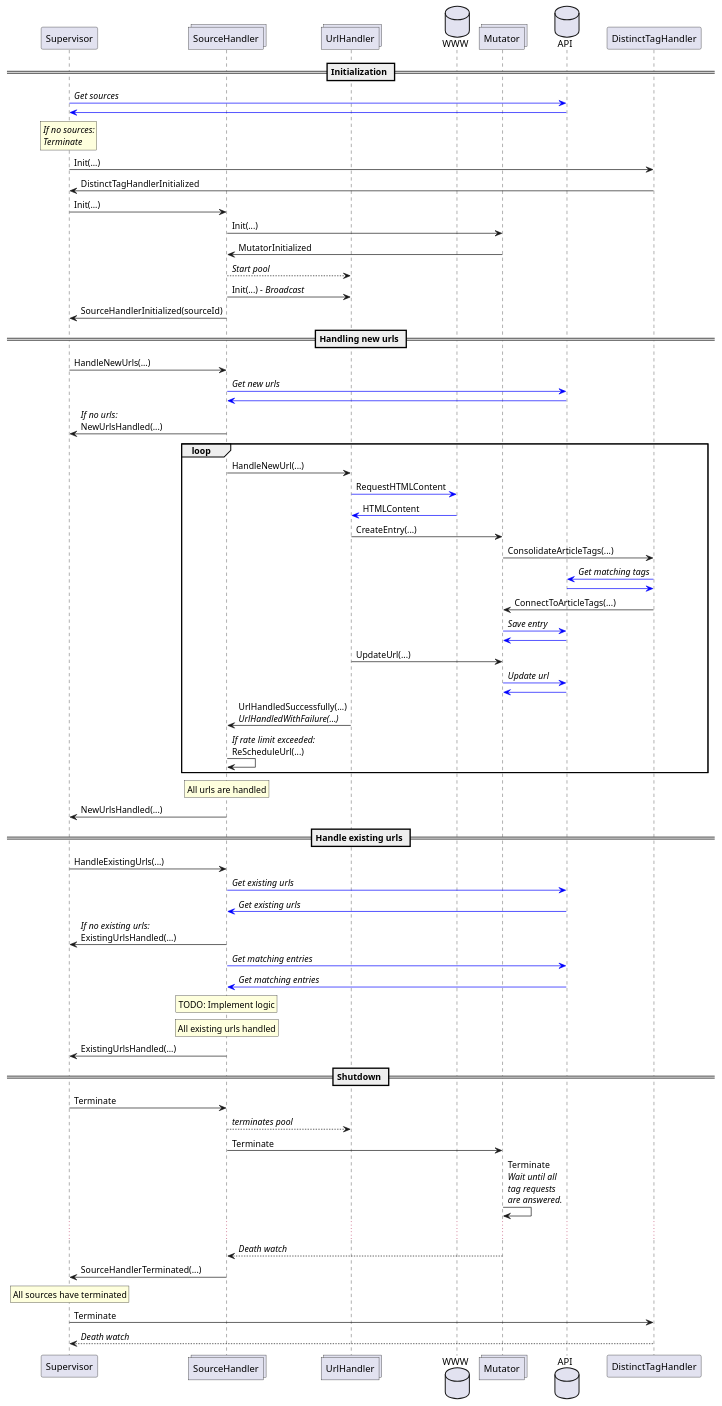
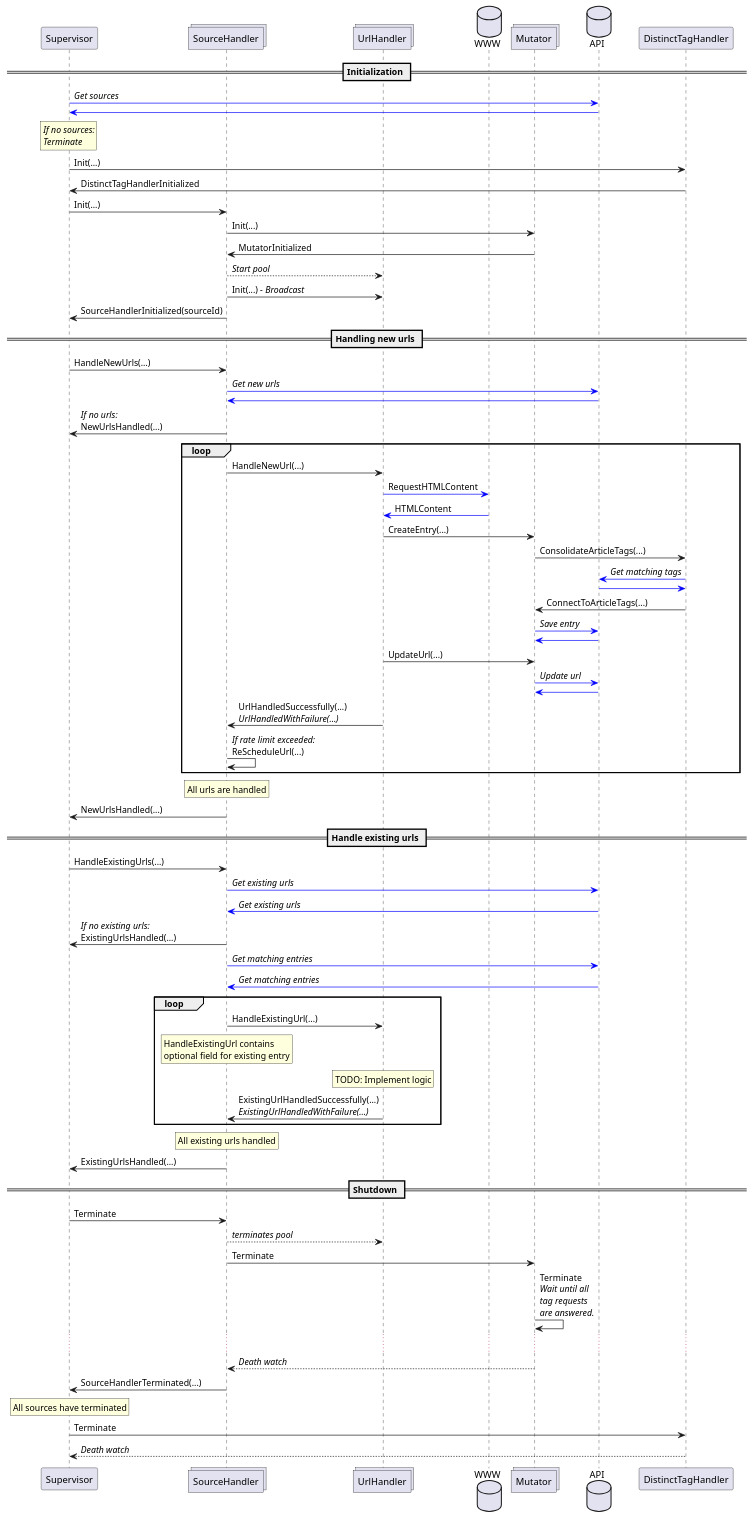
The diagram in doc/proto.puml (coverified/content_extractor), drawn with PlantUML before and after one commit. The commit also changed 4 other files, not shown here.

Commit message:
Ping Pong between SourceHandler and UrlHandler for existing urls

```diff
--- a/doc/proto.puml
+++ b/doc/proto.puml
@@ -1,91 +1,99 @@
 @startuml
 participant Supervisor
 collections SourceHandler
 collections UrlHandler
 database WWW
 collections Mutator
 database API
 
 == Initialization ==
 Supervisor -[#blue]> API: //Get sources//
 API -[#blue]> Supervisor
 rnote over Supervisor: //If no sources://\n//Terminate//
 Supervisor -> DistinctTagHandler: Init(...)
 DistinctTagHandler -> Supervisor: DistinctTagHandlerInitialized
 
 Supervisor -> SourceHandler: Init(...)
 SourceHandler -> Mutator: Init(...)
 Mutator -> SourceHandler: MutatorInitialized
 SourceHandler --> UrlHandler: //Start pool//
 SourceHandler -> UrlHandler: Init(...) //- Broadcast//
 SourceHandler -> Supervisor: SourceHandlerInitialized(sourceId)
 
 == Handling new urls ==
 Supervisor -> SourceHandler: HandleNewUrls(...)
 SourceHandler -[#blue]> API: //Get new urls//
 API -[#blue]> SourceHandler
 SourceHandler -> Supervisor: //If no urls://\nNewUrlsHandled(...)
 
 loop
 SourceHandler -> UrlHandler: HandleNewUrl(...)
 UrlHandler -[#blue]> WWW: RequestHTMLContent
 WWW -[#blue]> UrlHandler: HTMLContent
 
 UrlHandler -> Mutator: CreateEntry(...)
 Mutator -> DistinctTagHandler: ConsolidateArticleTags(...)
 DistinctTagHandler -[#blue]> API: //Get matching tags//
 API -[#blue]> DistinctTagHandler
 DistinctTagHandler -> Mutator: ConnectToArticleTags(...)
 Mutator -[#blue]> API: //Save entry//
 API -[#blue]> Mutator
 ' TODO: Feed back about handled entry
 UrlHandler -> Mutator: UpdateUrl(...)
 Mutator -[#blue]> API: //Update url//
 API -[#blue]> Mutator
 ' TODO: Feed back about handled url
 UrlHandler -> SourceHandler: UrlHandledSuccessfully(...)\n//UrlHandledWithFailure(...)//
 
 SourceHandler -> SourceHandler: //If rate limit exceeded://\nReScheduleUrl(...)
 end loop
 
 rnote over SourceHandler
     All urls are handled
 endrnote
 
 SourceHandler -> Supervisor: NewUrlsHandled(...)
 
 == Handle existing urls ==
 
 Supervisor -> SourceHandler: HandleExistingUrls(...)
 SourceHandler -[#blue]> API: //Get existing urls//
 API -[#blue]> SourceHandler: //Get existing urls//
 SourceHandler -> Supervisor: //If no existing urls://\nExistingUrlsHandled(...)
 SourceHandler -[#blue]> API: //Get matching entries//
 API -[#blue]> SourceHandler: //Get matching entries//
 
-rnote over SourceHandler: TODO: Implement logic
+loop
+    SourceHandler -> UrlHandler: HandleExistingUrl(...)
+    rnote over SourceHandler: HandleExistingUrl contains\noptional field for existing entry
+
+    rnote over UrlHandler: TODO: Implement logic
+
+    UrlHandler -> SourceHandler: ExistingUrlHandledSuccessfully(...)\n//ExistingUrlHandledWithFailure(...)//
+
+end loop
 
 rnote over SourceHandler
     All existing urls handled
 endrnote
 
 SourceHandler -> Supervisor: ExistingUrlsHandled(...)
 
 == Shutdown ==
 
 Supervisor -> SourceHandler: Terminate
 SourceHandler --> UrlHandler: //terminates pool//
 SourceHandler -> Mutator: Terminate
 Mutator -> Mutator: Terminate\n//Wait until all//\n//tag requests//\n//are answered.//
 ...
 Mutator --> SourceHandler: //Death watch//
 
 SourceHandler -> Supervisor:SourceHandlerTerminated(...)
 
 rnote over Supervisor
     All sources have terminated
 endrnote
 Supervisor -> DistinctTagHandler: Terminate
 DistinctTagHandler --> Supervisor: //Death watch//
 
 @enduml
```
